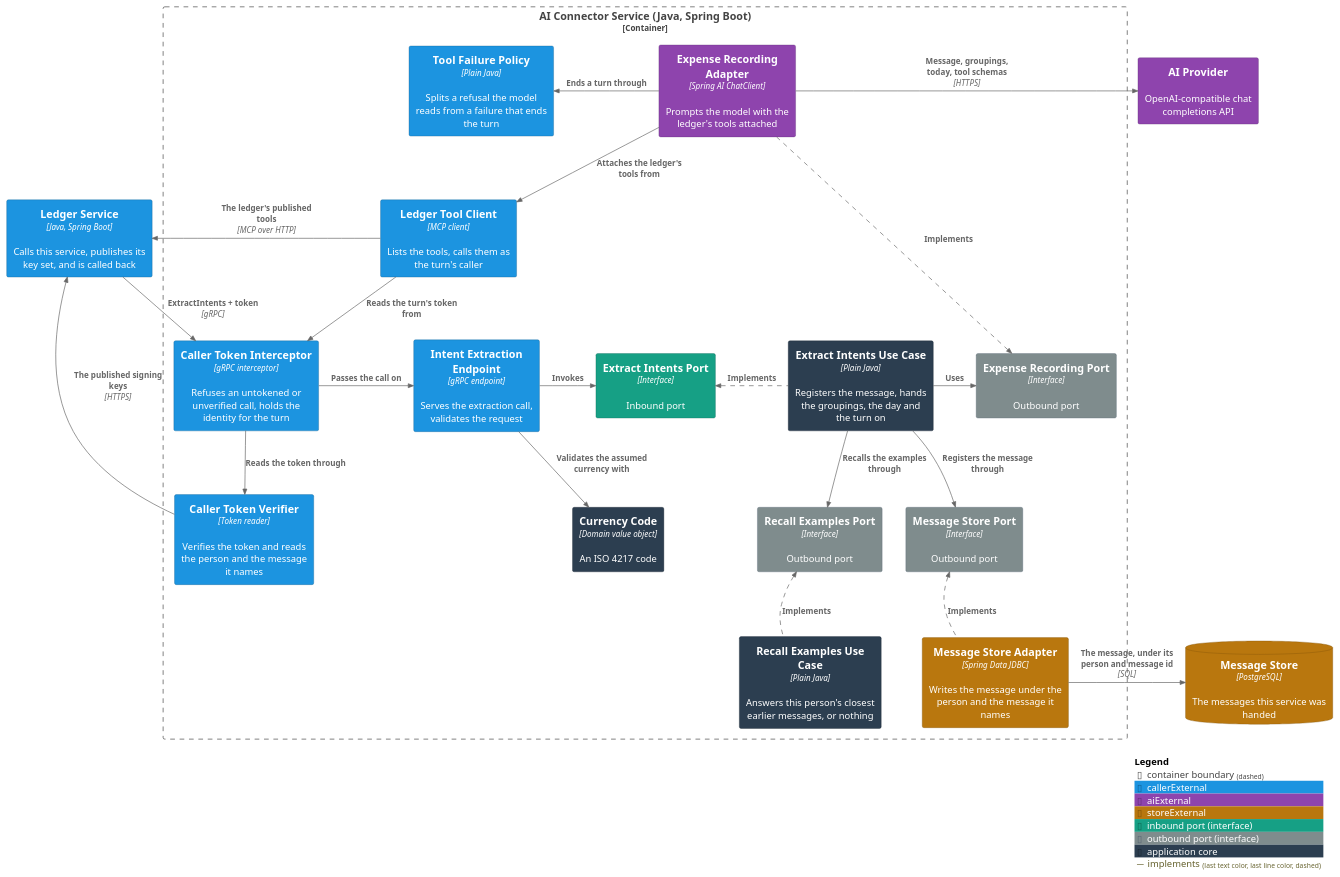
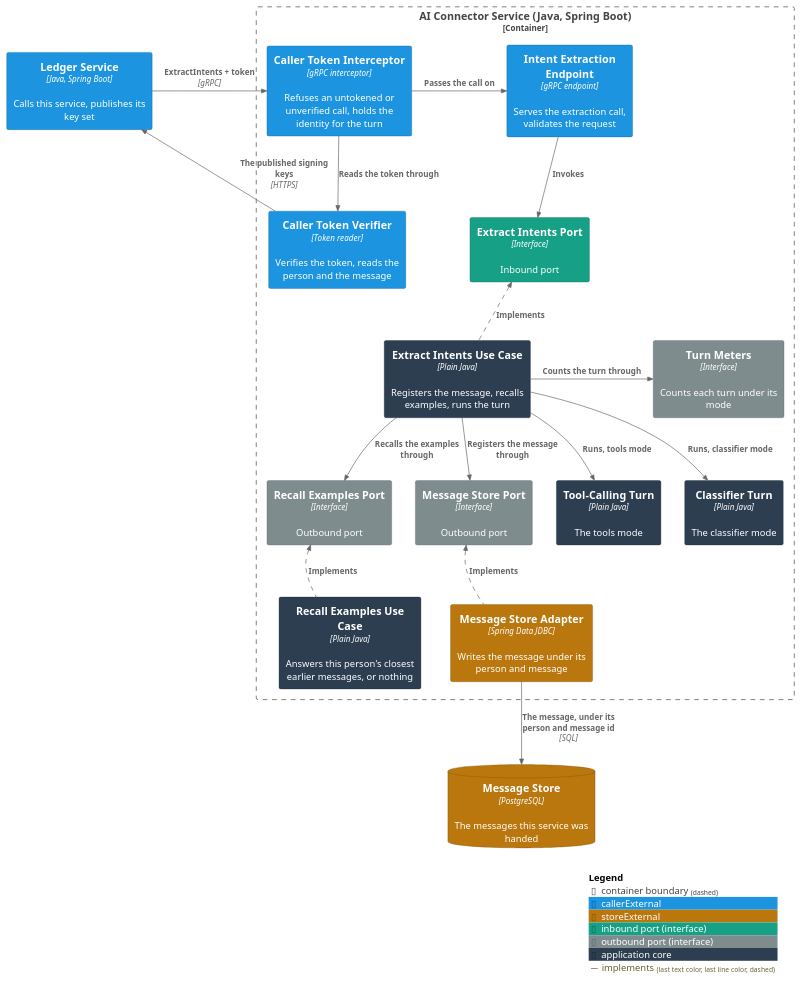
The first of 8 diagrams in ai-connector-service/docs/usecases/extract-intents.md (ds-usova/finance-bot), drawn with PlantUML before and after one commit. The commit also changed other lines of this file and 21 other files, not shown here.

Commit message:
Documentation: archive the connector's classifier turn

````diff
--- a/ai-connector-service/docs/usecases/extract-intents.md
+++ b/ai-connector-service/docs/usecases/extract-intents.md
@@ -57,63 +99,51 @@
 ```plantuml
 @startuml C3-Component-ExtractIntents
 !include <C4/C4_Component>
 
 AddElementTag("callerExternal", $bgColor="#1c94e0", $fontColor="#ffffff", $borderColor="#125d8c")
-AddElementTag("aiExternal", $bgColor="#8e44ad", $fontColor="#ffffff", $borderColor="#5f2f74")
 AddElementTag("storeExternal", $bgColor="#b9770e", $fontColor="#ffffff", $borderColor="#7d5109")
 AddElementTag("portIn", $bgColor="#16a085", $fontColor="#ffffff", $borderColor="#0e6655", $legendText="inbound port (interface)")
 AddElementTag("portOut", $bgColor="#7f8c8d", $fontColor="#ffffff", $borderColor="#566573", $legendText="outbound port (interface)")
 AddElementTag("core", $bgColor="#2c3e50", $fontColor="#ffffff", $borderColor="#1b2631", $legendText="application core")
 
 AddRelTag("implements", $lineStyle="dashed")
 
-Container(ledger, "Ledger Service", "Java, Spring Boot", "Calls this service, publishes its key set, and is called back", $tags="callerExternal")
-System_Ext(aiProvider, "AI Provider", "OpenAI-compatible chat completions API", $tags="aiExternal")
+Container(ledger, "Ledger Service", "Java, Spring Boot", "Calls this service, publishes its key set", $tags="callerExternal")
 ContainerDb(database, "Message Store", "PostgreSQL", "The messages this service was handed", $tags="storeExternal")
 
 Container_Boundary(aiConnector, "AI Connector Service (Java, Spring Boot)") {
   Component(tokenInterceptor, "Caller Token Interceptor", "gRPC interceptor", "Refuses an untokened or unverified call, holds the identity for the turn", $tags="callerExternal")
-  Component(tokenVerifier, "Caller Token Verifier", "Token reader", "Verifies the token and reads the person and the message it names", $tags="callerExternal")
+  Component(tokenVerifier, "Caller Token Verifier", "Token reader", "Verifies the token, reads the person and the message", $tags="callerExternal")
   Component(grpcService, "Intent Extraction Endpoint", "gRPC endpoint", "Serves the extraction call, validates the request", $tags="callerExternal")
   Component(extractIntentsPort, "Extract Intents Port", "Interface", "Inbound port", $tags="portIn")
-  Component(useCase, "Extract Intents Use Case", "Plain Java", "Registers the message, hands the groupings, the day and the turn on", $tags="core")
-  Component(currency, "Currency Code", "Domain value object", "An ISO 4217 code", $tags="core")
-
+  Component(useCase, "Extract Intents Use Case", "Plain Java", "Registers the message, recalls examples, runs the turn", $tags="core")
   Component(storePort, "Message Store Port", "Interface", "Outbound port", $tags="portOut")
-  Component(storeAdapter, "Message Store Adapter", "Spring Data JDBC", "Writes the message under the person and the message it names", $tags="storeExternal")
+  Component(storeAdapter, "Message Store Adapter", "Spring Data JDBC", "Writes the message under its person and message", $tags="storeExternal")
   Component(recallPort, "Recall Examples Port", "Interface", "Outbound port", $tags="portOut")
   Component(recallUseCase, "Recall Examples Use Case", "Plain Java", "Answers this person's closest earlier messages, or nothing", $tags="core")
-  Component(recordingPort, "Expense Recording Port", "Interface", "Outbound port", $tags="portOut")
-  Component(recordingAdapter, "Expense Recording Adapter", "Spring AI ChatClient", "Prompts the model with the ledger's tools attached", $tags="aiExternal")
-  Component(toolClient, "Ledger Tool Client", "MCP client", "Lists the tools, calls them as the turn's caller", $tags="callerExternal")
-  Component(failurePolicy, "Tool Failure Policy", "Plain Java", "Splits a refusal the model reads from a failure that ends the turn", $tags="callerExternal")
+  Component(turnMeters, "Turn Meters", "Interface", "Counts each turn under its mode", $tags="portOut")
+  Component(toolTurn, "Tool-Calling Turn", "Plain Java", "The tools mode", $tags="core")
+  Component(classifierTurn, "Classifier Turn", "Plain Java", "The classifier mode", $tags="core")
 }
 
 Rel_R(ledger, tokenInterceptor, "ExtractIntents + token", "gRPC")
 Rel_D(tokenInterceptor, tokenVerifier, "Reads the token through")
 Rel_L(tokenVerifier, ledger, "The published signing keys", "HTTPS")
 Rel_R(tokenInterceptor, grpcService, "Passes the call on")
-Rel_R(grpcService, extractIntentsPort, "Invokes")
-Rel_D(grpcService, currency, "Validates the assumed currency with")
-Rel_L(useCase, extractIntentsPort, "Implements", $tags="implements")
+Rel_D(grpcService, extractIntentsPort, "Invokes")
+Rel_U(useCase, extractIntentsPort, "Implements", $tags="implements")
 Rel_D(useCase, storePort, "Registers the message through")
 Rel_U(storeAdapter, storePort, "Implements", $tags="implements")
-Rel_R(storeAdapter, database, "The message, under its person and message id", "SQL")
+Rel_D(storeAdapter, database, "The message, under its person and message id", "SQL")
 Rel_D(useCase, recallPort, "Recalls the examples through")
 Rel_U(recallUseCase, recallPort, "Implements", $tags="implements")
-Rel_R(useCase, recordingPort, "Uses")
-Rel_R(recordingAdapter, recordingPort, "Implements", $tags="implements")
-Rel_R(recordingAdapter, aiProvider, "Message, groupings, today, tool schemas", "HTTPS")
-Rel_L(recordingAdapter, toolClient, "Attaches the ledger's tools from")
-Rel_L(recordingAdapter, failurePolicy, "Ends a turn through")
-Rel_D(toolClient, tokenInterceptor, "Reads the turn's token from")
-Rel_L(toolClient, ledger, "The ledger's published tools", "MCP over HTTP")
+Rel_R(useCase, turnMeters, "Counts the turn through")
+Rel_D(useCase, toolTurn, "Runs, tools mode")
+Rel_D(useCase, classifierTurn, "Runs, classifier mode")
 
-Lay_D(useCase, currency)
 Lay_D(storePort, storeAdapter)
 Lay_D(recallPort, recallUseCase)
-Lay_D(recordingAdapter, toolClient)
 
 SHOW_LEGEND()
 @enduml
 ```
````
